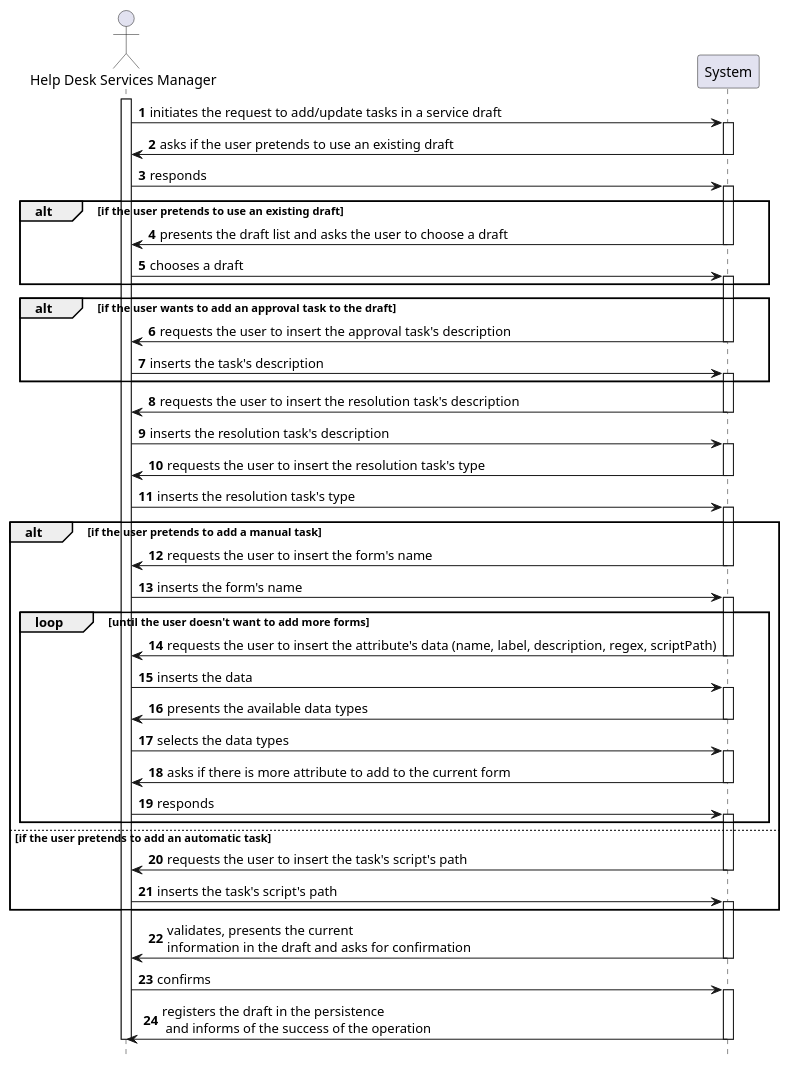
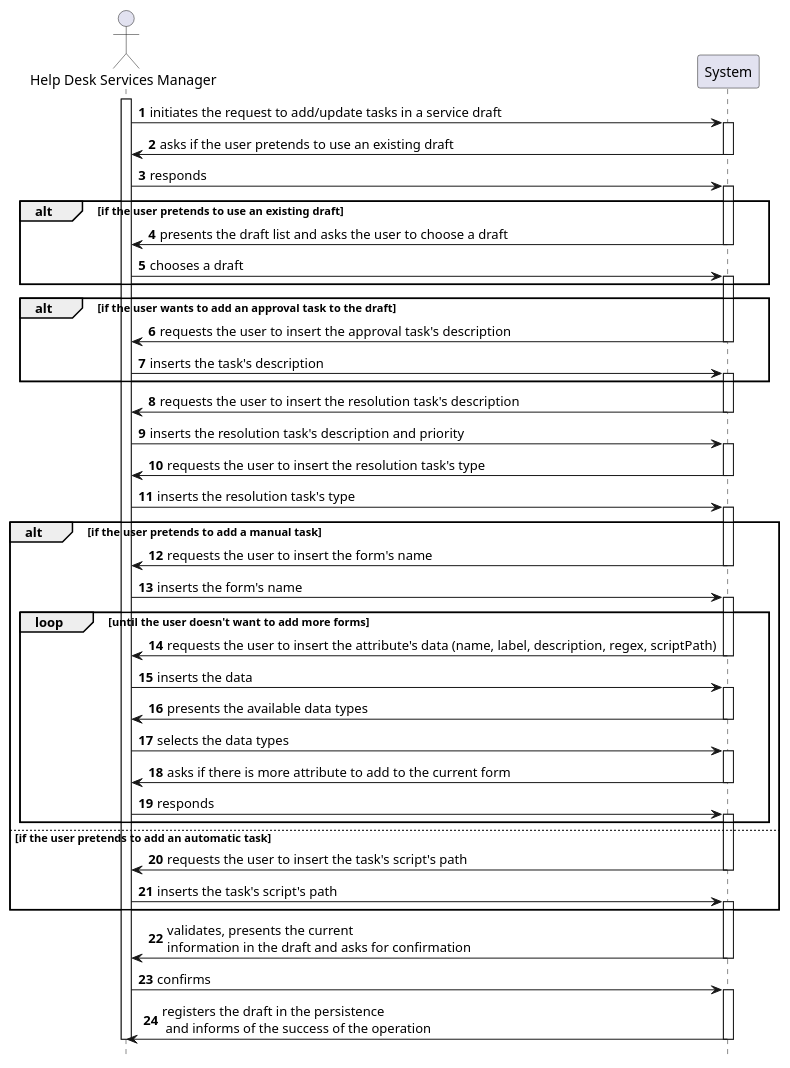
One commit to tiagoavcosta25/LAPR4 changed the diagram in doc/engenharia/SprintC/1190967/US-1-2003_ServiceSpecification/DraftTaskSpecification/US-1-2002_SSD.puml. Above: the diagram before and after it, drawn with PlantUML. The commit also changed 1 other file, not shown here.

```diff
--- a/doc/engenharia/SprintC/1190967/US-1-2003_ServiceSpecification/DraftTaskSpecification/US-1-2002_SSD.puml
+++ b/doc/engenharia/SprintC/1190967/US-1-2003_ServiceSpecification/DraftTaskSpecification/US-1-2002_SSD.puml
@@ -1,92 +1,92 @@
 @startuml
 autonumber
 hide footbox
 
 actor "Help Desk Services Manager" as HSM
 participant "System" as SYST
 
 activate HSM
 
 HSM -> SYST : initiates the request to add/update tasks in a service draft
 activate SYST
 
 SYST -> HSM : asks if the user pretends to use an existing draft
 deactivate SYST
 
 HSM -> SYST : responds
 activate SYST
 
 alt if the user pretends to use an existing draft
 
 SYST -> HSM : presents the draft list and asks the user to choose a draft
 deactivate SYST
 
 HSM -> SYST : chooses a draft
 activate SYST
 end
 
 alt if the user wants to add an approval task to the draft
 SYST -> HSM : requests the user to insert the approval task's description
 deactivate SYST
 
 HSM -> SYST : inserts the task's description
 activate SYST
 end
 
 SYST -> HSM : requests the user to insert the resolution task's description
 deactivate SYST
 
-HSM -> SYST : inserts the resolution task's description
+HSM -> SYST : inserts the resolution task's description and priority
 activate SYST
 
 SYST -> HSM : requests the user to insert the resolution task's type
 deactivate SYST
 
 HSM -> SYST : inserts the resolution task's type
 activate SYST
 
 alt if the user pretends to add a manual task
 SYST -> HSM : requests the user to insert the form's name
 deactivate SYST
 
 HSM -> SYST : inserts the form's name
 activate SYST
 
 loop until the user doesn't want to add more forms
 SYST -> HSM : requests the user to insert the attribute's data (name, label, description, regex, scriptPath)
 deactivate SYST
 
 HSM -> SYST : inserts the data
 activate SYST
 
 SYST -> HSM : presents the available data types
 deactivate SYST
 
 HSM -> SYST : selects the data types
 activate SYST
 
 SYST -> HSM : asks if there is more attribute to add to the current form
 deactivate SYST
 
 HSM -> SYST : responds
 activate SYST
 end
 
 else if the user pretends to add an automatic task
 SYST -> HSM : requests the user to insert the task's script's path
 deactivate SYST
 
 HSM -> SYST : inserts the task's script's path
 activate SYST
 end
 SYST -> HSM : validates, presents the current \ninformation in the draft and asks for confirmation
 deactivate SYST
 
 HSM -> SYST : confirms
 activate SYST
 
 SYST -> HSM : registers the draft in the persistence\n and informs of the success of the operation
 deactivate SYST
 deactivate HSM
 
 @enduml
```
